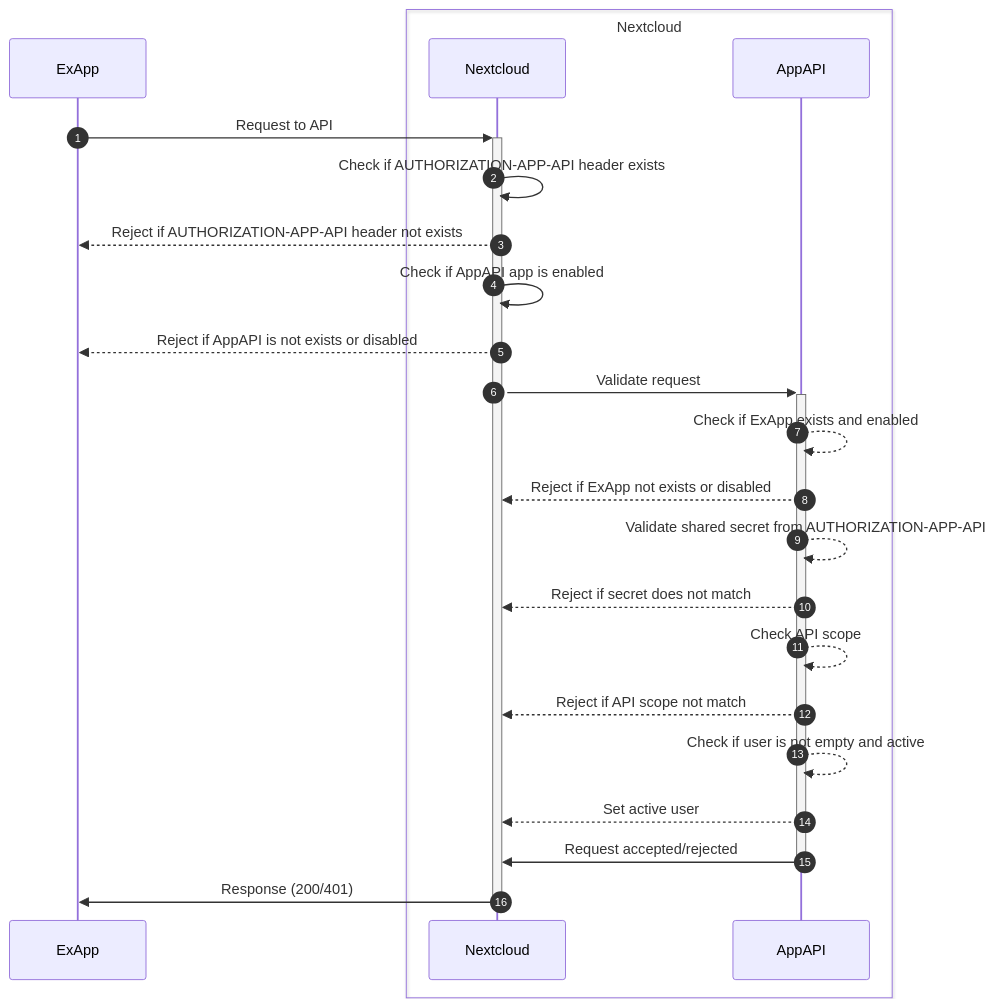
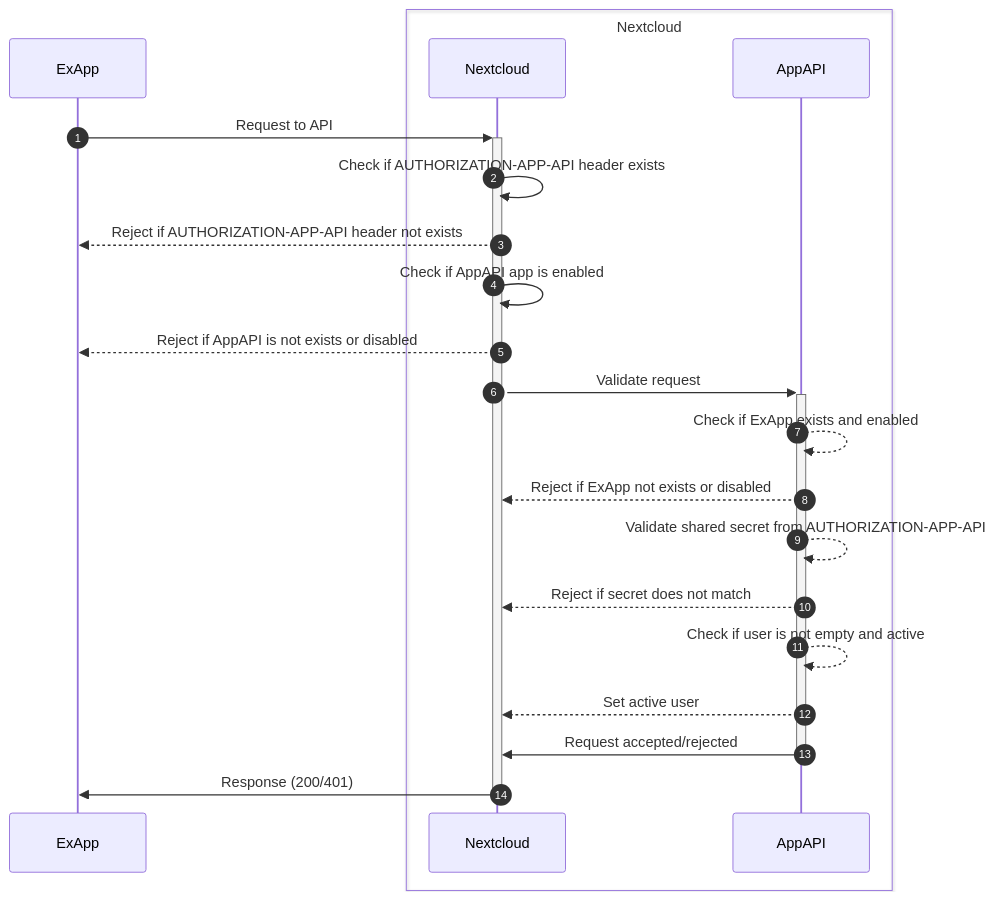
Before and after one commit to nextcloud/app_api: the second of 2 diagrams in docs/tech_details/Authentication.rst, drawn with Mermaid.

Commit message:
chore(docs): update Authentication scheme

```diff
--- a/docs/tech_details/Authentication.rst
+++ b/docs/tech_details/Authentication.rst
@@ -46,26 +46,24 @@
 .. mermaid::
 	:zoom:
 
 	sequenceDiagram
 		autonumber
 		participant ExApp
 		box Nextcloud
 			participant Nextcloud
 			participant AppAPI
 		end
 		ExApp->>+Nextcloud: Request to API
 		Nextcloud->>Nextcloud: Check if AUTHORIZATION-APP-API header exists
 		Nextcloud-->>ExApp: Reject if AUTHORIZATION-APP-API header not exists
 		Nextcloud->>Nextcloud: Check if AppAPI app is enabled
 		Nextcloud-->>ExApp: Reject if AppAPI is not exists or disabled
 		Nextcloud->>+AppAPI: Validate request
 		AppAPI-->>AppAPI: Check if ExApp exists and enabled
 		AppAPI-->>Nextcloud: Reject if ExApp not exists or disabled
 		AppAPI-->>AppAPI: Validate shared secret from AUTHORIZATION-APP-API
 		AppAPI-->>Nextcloud: Reject if secret does not match
-		AppAPI-->>AppAPI: Check API scope
-		AppAPI-->>Nextcloud: Reject if API scope not match
 		AppAPI-->>AppAPI: Check if user is not empty and active
 		AppAPI-->>Nextcloud: Set active user
 		AppAPI->>-Nextcloud: Request accepted/rejected
 		Nextcloud->>-ExApp: Response (200/401)
```
